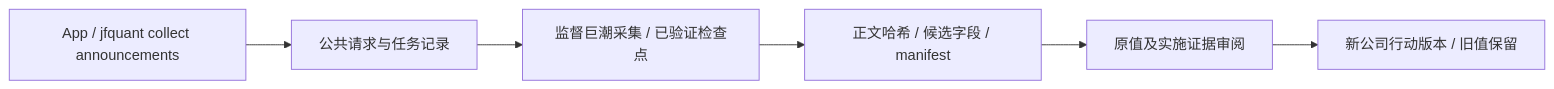
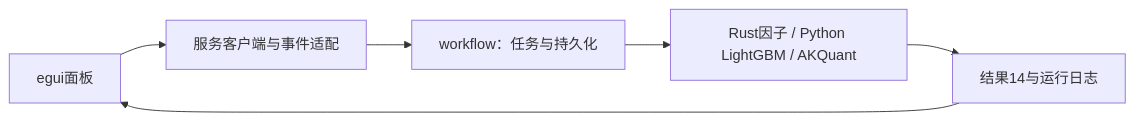
Before and after one commit to Dennishaha/JFQuant: the diagram in crates/app/README.md, drawn with Mermaid. The commit also changed other lines of this file and 97 other files, not shown here.

````diff
--- a/crates/app/README.md
+++ b/crates/app/README.md
@@ -364,8 +6,8 @@
 ```mermaid
 flowchart LR
- U[App / jfquant collect announcements] --> W[公共请求与任务记录]
- W --> C[监督巨潮采集 / 已验证检查点]
- C --> M[正文哈希 / 候选字段 / manifest]
- M --> R[原值及实施证据审阅]
- R --> V[新公司行动版本 / 旧值保留]
+ UI[egui面板] --> C[服务客户端与事件适配]
+ C --> W[workflow：任务与持久化]
+ W --> R[Rust因子 / Python LightGBM / AKQuant]
+ R --> O[结果14与运行日志]
+ O --> UI
 ```
````
